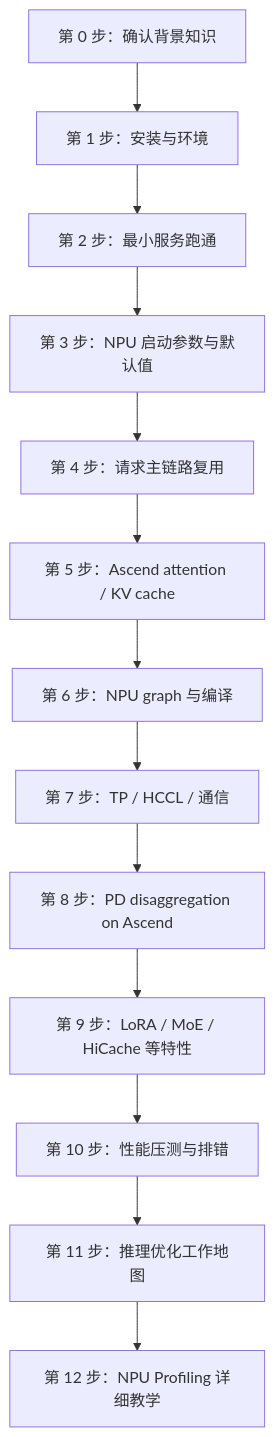
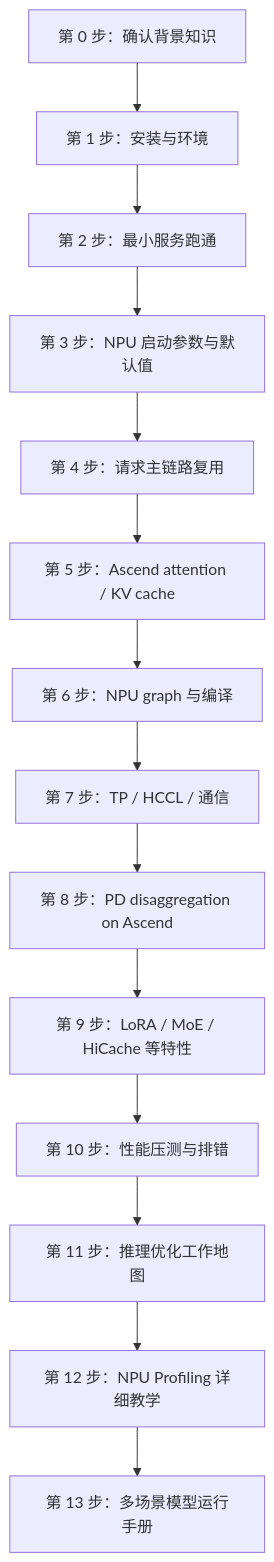
Before and after one commit to cl-vv-h/SGLang_Tutor: the first of 7 diagrams in learning/sglang-ascend-npu/README.md, drawn with Mermaid. The commit also changed other lines of this file and 1 other file, not shown here.

````diff
--- a/learning/sglang-ascend-npu/README.md
+++ b/learning/sglang-ascend-npu/README.md
@@ -13,15 +13,16 @@
 ```mermaid
 flowchart TD
   A["第 0 步：确认背景知识"] --> B["第 1 步：安装与环境"]
   B --> C["第 2 步：最小服务跑通"]
   C --> D["第 3 步：NPU 启动参数与默认值"]
   D --> E["第 4 步：请求主链路复用"]
   E --> F["第 5 步：Ascend attention / KV cache"]
   F --> G["第 6 步：NPU graph 与编译"]
   G --> H["第 7 步：TP / HCCL / 通信"]
   H --> I["第 8 步：PD disaggregation on Ascend"]
   I --> J["第 9 步：LoRA / MoE / HiCache 等特性"]
   J --> K["第 10 步：性能压测与排错"]
   K --> L["第 11 步：推理优化工作地图"]
   L --> M["第 12 步：NPU Profiling 详细教学"]
+  M --> N["第 13 步：多场景模型运行手册"]
 ```
````
